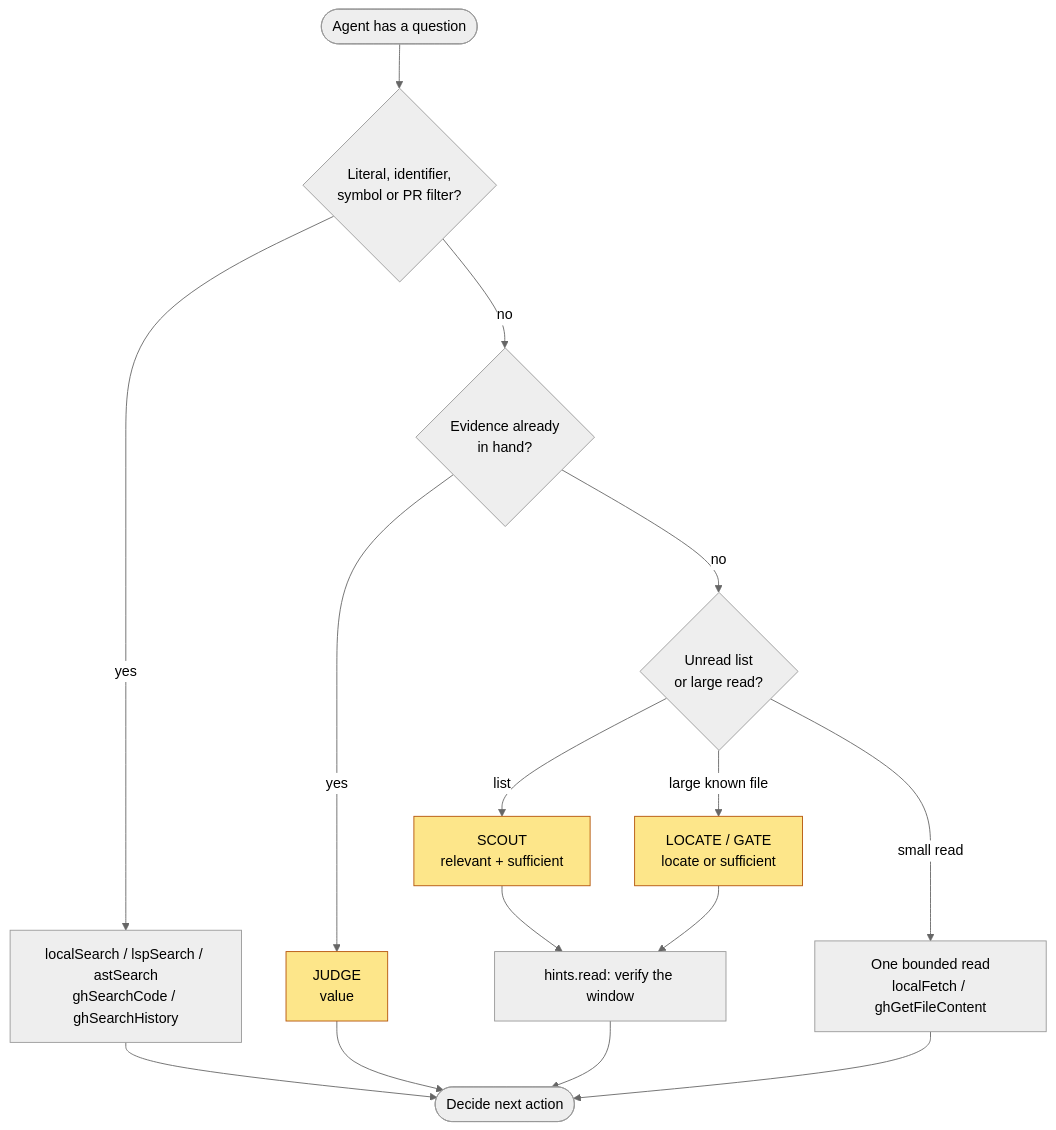
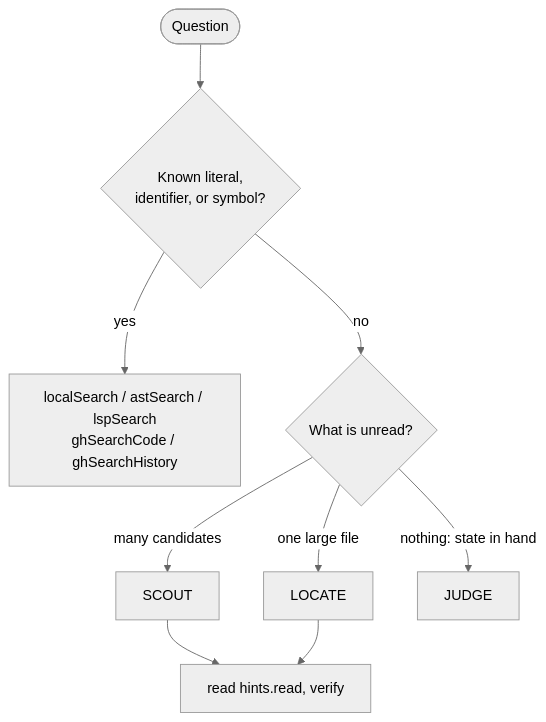
One commit to bgauryy/octocode changed the diagram in docs/OCTOCODE_CLASIFY.md. Above: the diagram before and after it, drawn with Mermaid (neutral theme). The commit also changed other lines of this file and 527 other files, not shown here.

````diff
--- a/docs/OCTOCODE_CLASIFY.md
+++ b/docs/OCTOCODE_CLASIFY.md
@@ -18,19 +16,11 @@
 ```mermaid
 flowchart TD
-    Q([Agent has a question]) --> L{Literal, identifier,<br/>symbol or PR filter?}
-    L -- yes --> S[localSearch / lspSearch / astSearch<br/>ghSearchCode / ghSearchHistory]
-    L -- no --> H{Evidence already<br/>in hand?}
-    H -- yes --> J["JUDGE<br/>value"]
-    H -- no --> K{Unread list<br/>or large read?}
-    K -- "list" --> SC["SCOUT<br/>relevant + sufficient"]
-    K -- "large known file" --> LO["LOCATE / GATE<br/>locate or sufficient"]
-    K -- "small read" --> R[One bounded read<br/>localFetch / ghGetFileContent]
-    SC --> V[hints.read: verify the window]
+    Q([Question]) --> L{Known literal,<br/>identifier, or symbol?}
+    L -- yes --> S[localSearch / astSearch / lspSearch<br/>ghSearchCode / ghSearchHistory]
+    L -- no --> K{What is unread?}
+    K -- "many candidates" --> SC[SCOUT]
+    K -- "one large file" --> LO[LOCATE]
+    K -- "nothing: state in hand" --> J[JUDGE]
+    SC --> V[read hints.read, verify]
     LO --> V
-    J --> D([Decide next action])
-    V --> D
-    S --> D
-    R --> D
-    classDef semantic fill:#fde68a,stroke:#b45309;
-    class J,SC,LO semantic
 ```
````
